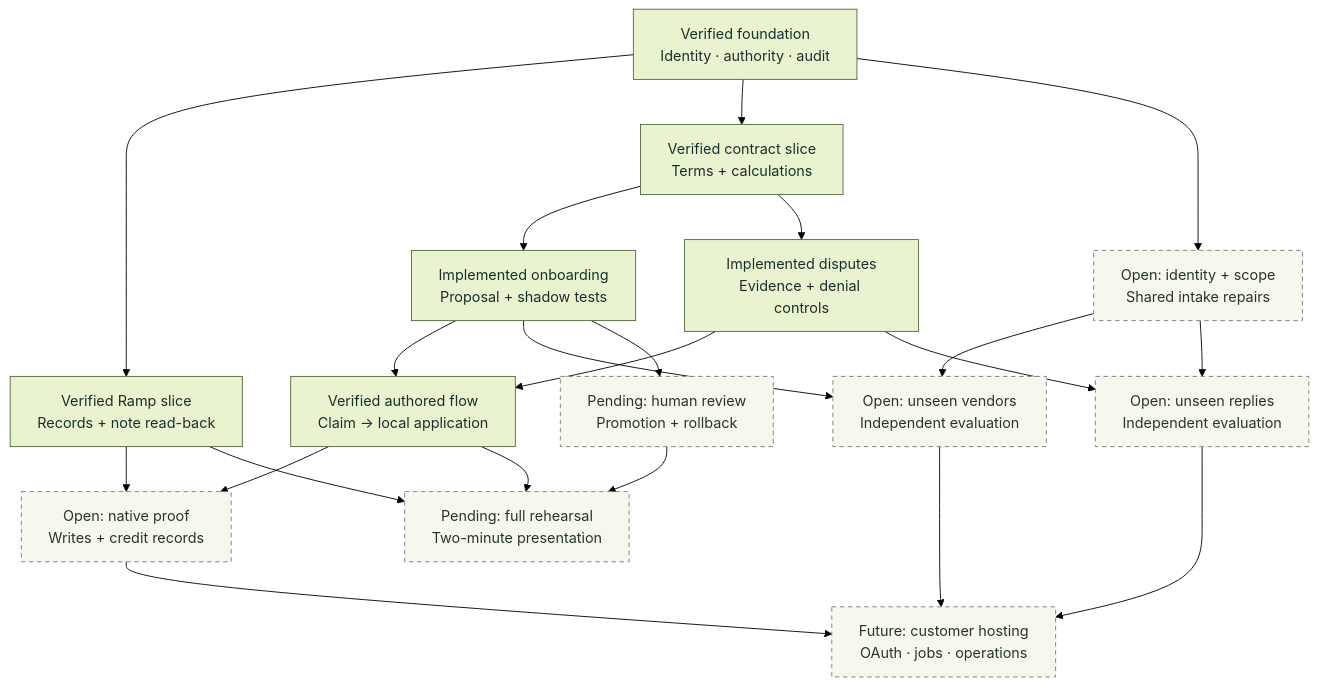
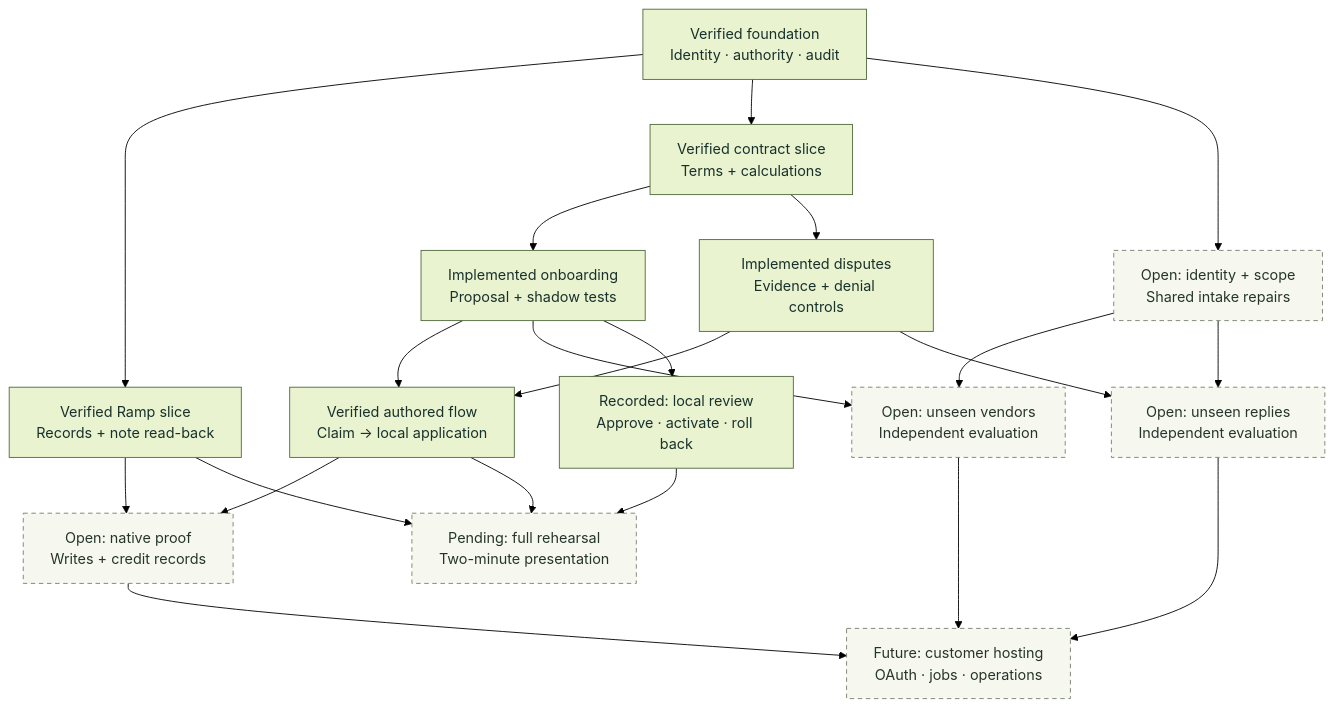
The diagram in docs/ENGINEERING-MAP.md (ronoktanvir/uptime), drawn with Mermaid (forest theme) before and after one commit. The commit also changed other lines of this file and 5 other files, not shown here.

First line of the commit message:
docs: record the completed CalyxQuay review and the human-posted Ramp note

````diff
--- a/docs/ENGINEERING-MAP.md
+++ b/docs/ENGINEERING-MAP.md
@@ -13,40 +13,40 @@
 ```mermaid
 flowchart TB
     F["Verified foundation<br/>Identity · authority · audit"]
     R["Verified Ramp slice<br/>Records + note read-back"]
     C["Verified contract slice<br/>Terms + calculations"]
     O["Implemented onboarding<br/>Proposal + shadow tests"]
     D["Implemented disputes<br/>Evidence + denial controls"]
     L["Verified authored flow<br/>Claim → local application"]
     I["Open: identity + scope<br/>Shared intake repairs"]
     OG["Open: unseen vendors<br/>Independent evaluation"]
     DG["Open: unseen replies<br/>Independent evaluation"]
-    H["Pending: human review<br/>Promotion + rollback"]
+    H["Recorded: local review<br/>Approve · activate · roll back"]
     N["Open: native proof<br/>Writes + credit records"]
     T["Pending: full rehearsal<br/>Two-minute presentation"]
     P["Future: customer hosting<br/>OAuth · jobs · operations"]
     F --> R
     F --> C
     C --> O
     C --> D
     O --> L
     D --> L
     F --> I
     I --> OG
     I --> DG
     O --> OG
     D --> DG
     O --> H
     R --> N
     L --> N
     R --> T
     L --> T
     H --> T
     OG --> P
     DG --> P
     N --> P
     classDef verified fill:#EAF3D0,stroke:#52683D,color:#18312C;
     classDef open fill:#F6F8F0,stroke:#75806E,stroke-dasharray:5 4,color:#26352B;
-    class F,R,C,O,D,L verified;
-    class I,OG,DG,H,N,T,P open;
+    class F,R,C,O,D,L,H verified;
+    class I,OG,DG,N,T,P open;
 ```
````
